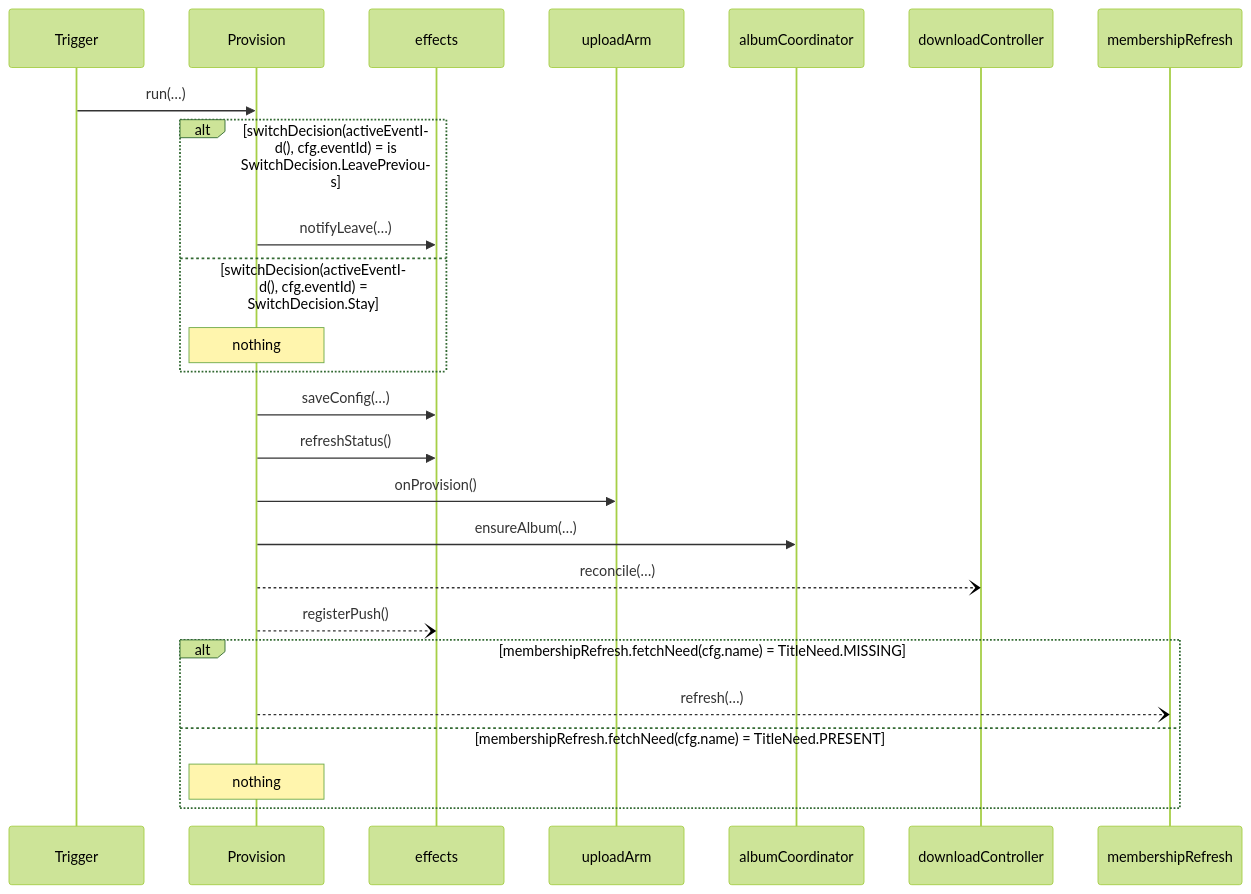
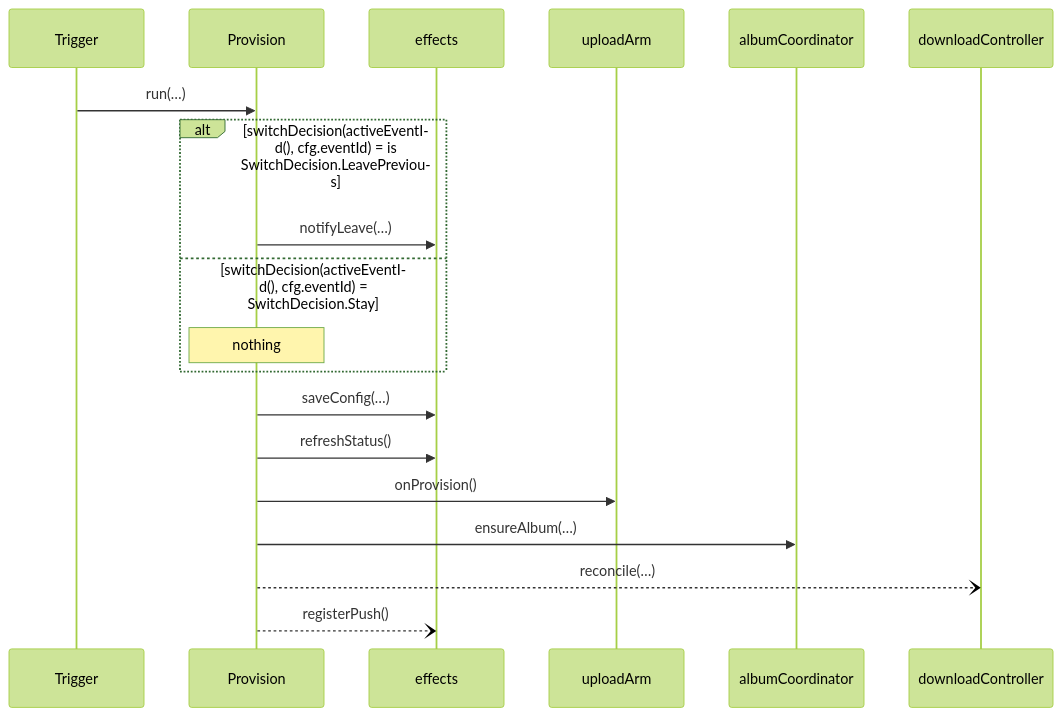
Before and after one commit to stefanhoelzl/SnapSync: the diagram in architecture/flows/Provision.md, drawn with Mermaid (forest theme). The commit also changed 18 other files, not shown here.

````diff
--- a/architecture/flows/Provision.md
+++ b/architecture/flows/Provision.md
@@ -14,27 +14,21 @@
 ```mermaid
 sequenceDiagram
   participant Trigger
   participant Provision
   participant effects
   participant uploadArm
   participant albumCoordinator
   participant downloadController
-  participant membershipRefresh
   Trigger->>Provision: run(…)
   alt switchDecision(activeEventId(), cfg.eventId) = is SwitchDecision.LeavePrevious
     Provision->>effects: notifyLeave(…)
   else switchDecision(activeEventId(), cfg.eventId) = SwitchDecision.Stay
     Note over Provision: nothing
   end
   Provision->>effects: saveConfig(…)
   Provision->>effects: refreshStatus()
   Provision->>uploadArm: onProvision()
   Provision->>albumCoordinator: ensureAlbum(…)
   Provision--)downloadController: reconcile(…)
   Provision--)effects: registerPush()
-  alt membershipRefresh.fetchNeed(cfg.name) = TitleNeed.MISSING
-    Provision--)membershipRefresh: refresh(…)
-  else membershipRefresh.fetchNeed(cfg.name) = TitleNeed.PRESENT
-    Note over Provision: nothing
-  end
 ```
````
